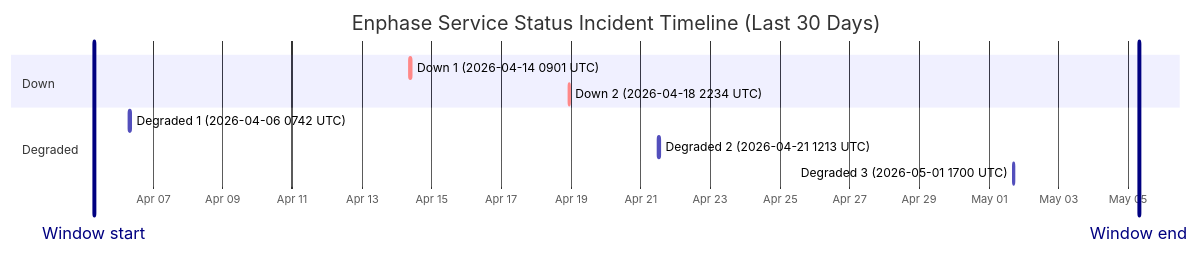
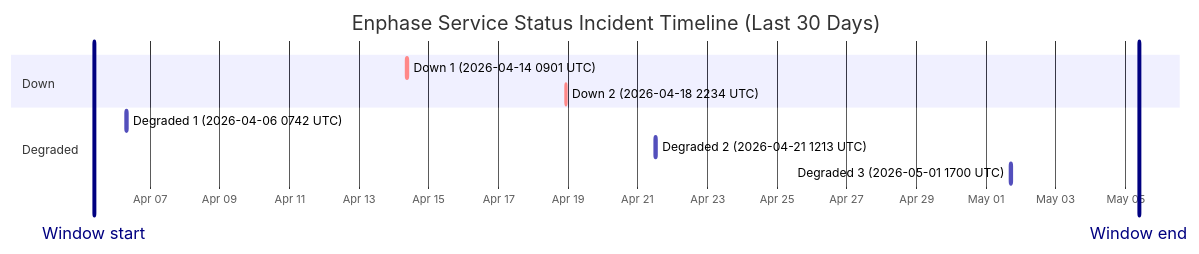
One commit to barneyonline/ha-enphase-ev-charger changed the diagram in wiki/Service-Status-History.md. Above: the diagram before and after it, drawn with Mermaid. The commit also changed other lines of this file and 3 other files, not shown here.

````diff
--- a/wiki/Service-Status-History.md
+++ b/wiki/Service-Status-History.md
@@ -14,15 +14,15 @@
 ```mermaid
 gantt
     title Enphase Service Status Incident Timeline (Last 30 Days)
     dateFormat  YYYY-MM-DDTHH:mm:ss
     axisFormat  %b %d
-    Window start :vert, window-start, 2026-04-05T07:16:30, 0ms
-    Window end :vert, window-end, 2026-05-05T07:16:30, 0ms
+    Window start :vert, window-start, 2026-04-05T09:26:38, 0ms
+    Window end :vert, window-end, 2026-05-05T09:26:38, 0ms
     section Down
     Down 1 (2026-04-14 0901 UTC) :crit, down-1, 2026-04-14T09:01:13, 60m
     Down 2 (2026-04-18 2234 UTC) :crit, down-2, 2026-04-18T22:34:13, 60m
     section Degraded
     Degraded 1 (2026-04-06 0742 UTC) :active, degraded-1, 2026-04-06T07:42:09, 85m
     Degraded 2 (2026-04-21 1213 UTC) :active, degraded-2, 2026-04-21T12:13:11, 60m
     Degraded 3 (2026-05-01 1700 UTC) :active, degraded-3, 2026-05-01T17:00:22, 60m
 ```
````
